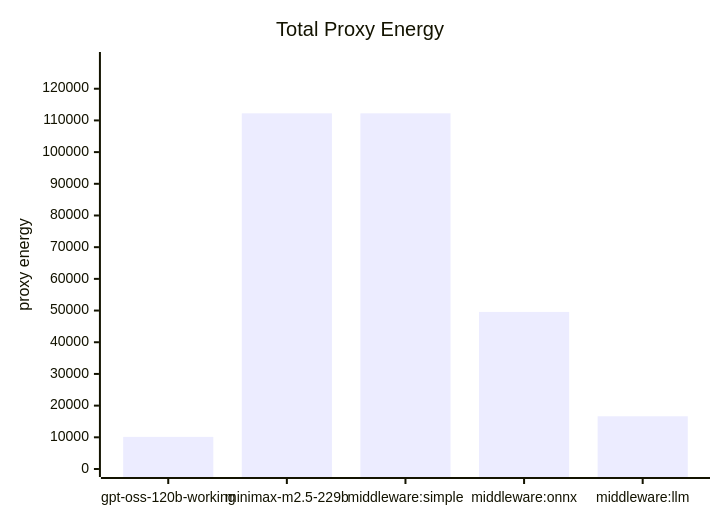
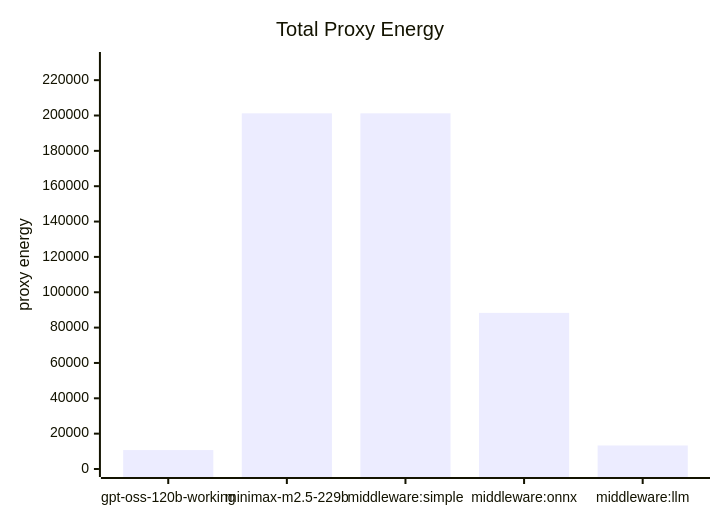
The first of 2 diagrams in tmp/highscattered_first30_energy_proxy_report.md (JonasLiebschner/Frugal-AI), drawn with Mermaid before and after one commit. The commit also changed other lines of this file and 12 other files, not shown here.

````diff
--- a/tmp/highscattered_first30_energy_proxy_report.md
+++ b/tmp/highscattered_first30_energy_proxy_report.md
@@ -40,7 +42,7 @@
 ```mermaid
 xychart-beta
     title "Total Proxy Energy"
     x-axis ["gpt-oss-120b-working", "minimax-m2.5-229b", "middleware:simple", "middleware:onnx", "middleware:llm"]
-    y-axis "proxy energy" 0 --> 129067
-    bar [10132.14, 112231.47, 112231.47, 49564.8, 16641.35]
+    y-axis "proxy energy" 0 --> 231406
+    bar [10715.04, 201222.16, 201222.16, 88335.58, 13311.5]
 ```
````
